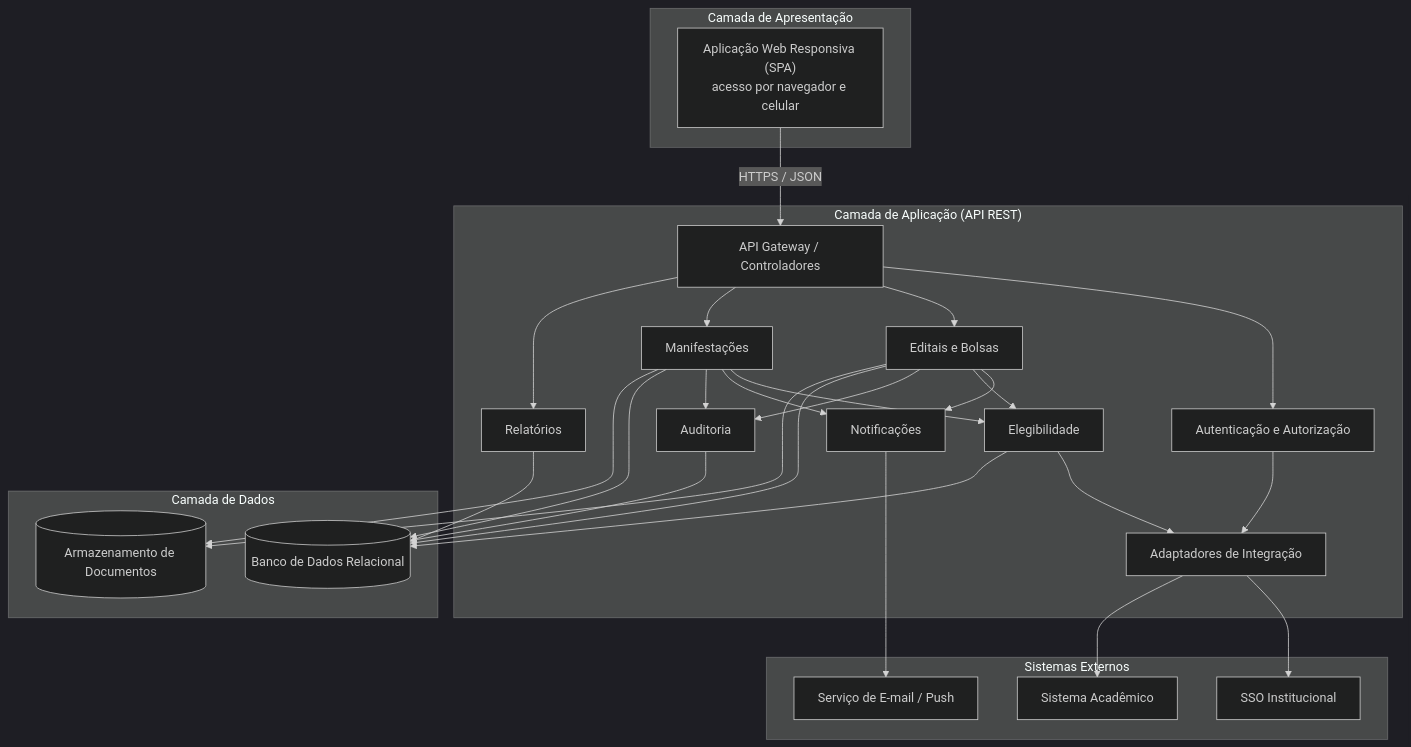
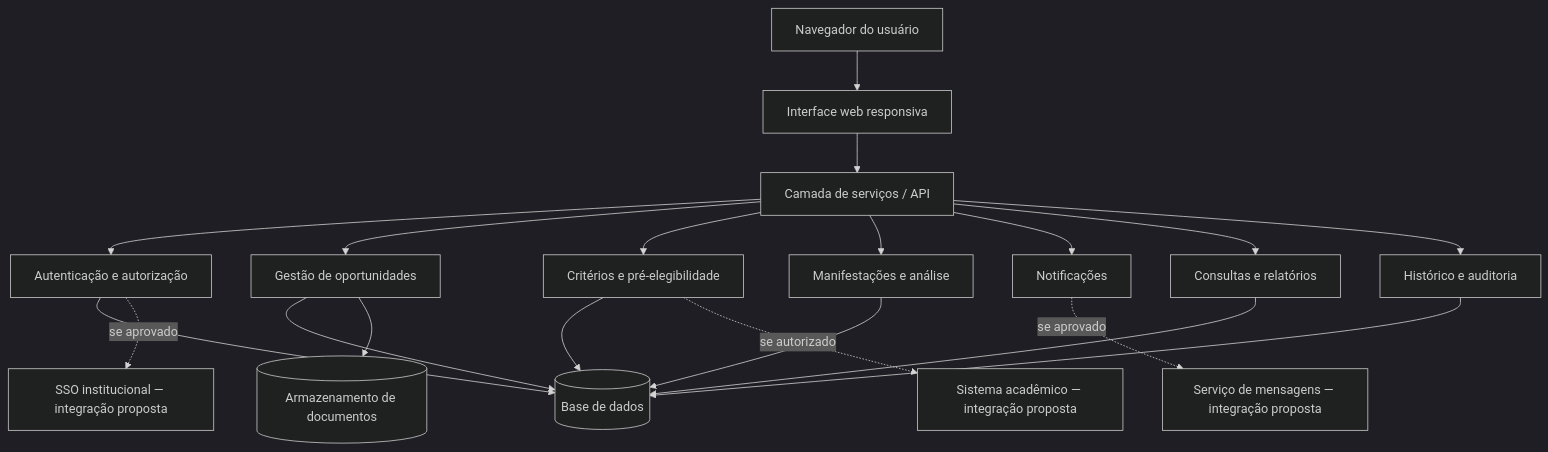
Before and after one commit to AllisonOliv/requisitos-2026.2--grupo3: the second of 3 diagrams in uml/diagramas.md, drawn with Mermaid (dark theme). The commit also changed other lines of this file and 9 other files, not shown here.

````diff
--- a/uml/diagramas.md
+++ b/uml/diagramas.md
@@ -81,53 +55,38 @@
 ```mermaid
 flowchart TB
-    subgraph CLI["Camada de Apresentação"]
-        WEB["Aplicação Web Responsiva (SPA)<br/>acesso por navegador e celular"]
-    end
+    Browser["Navegador do usuário"]
+    UI["Interface web responsiva"]
+    API["Camada de serviços / API"]
+    Auth["Autenticação e autorização"]
+    Opp["Gestão de oportunidades"]
+    Elig["Critérios e pré-elegibilidade"]
+    Manifest["Manifestações e análise"]
+    Notify["Notificações"]
+    Report["Consultas e relatórios"]
+    Audit["Histórico e auditoria"]
+    DB[("Base de dados")]
+    Files[("Armazenamento de documentos")]
+    SSO["SSO institucional — integração proposta"]
+    Acad["Sistema acadêmico — integração proposta"]
+    Mail["Serviço de mensagens — integração proposta"]
 
-    subgraph API["Camada de Aplicação (API REST)"]
-        GW["API Gateway / Controladores"]
-        AUTH["Autenticação e Autorização"]
-        EDT["Editais e Bolsas"]
-        ELG["Elegibilidade"]
-        MAN["Manifestações"]
-        NOT["Notificações"]
-        REL["Relatórios"]
-        AUD["Auditoria"]
-        INT["Adaptadores de Integração"]
-    end
-
-    subgraph DAT["Camada de Dados"]
-        DB[("Banco de Dados Relacional")]
-        FS[("Armazenamento de Documentos")]
-    end
-
-    subgraph EXT["Sistemas Externos"]
-        SSO["SSO Institucional"]
-        ACAD["Sistema Acadêmico"]
-        MAIL["Serviço de E-mail / Push"]
-    end
-
-    WEB -->|"HTTPS / JSON"| GW
-    GW --> AUTH
-    GW --> EDT
-    GW --> MAN
-    GW --> REL
-    MAN --> ELG
-    MAN --> NOT
-    EDT --> NOT
-    EDT --> ELG
-    AUTH --> INT
-    ELG --> INT
-    EDT --> AUD
-    MAN --> AUD
-    EDT --> DB
-    MAN --> DB
-    ELG --> DB
-    REL --> DB
-    AUD --> DB
-    EDT --> FS
-    MAN --> FS
-    NOT --> MAIL
-    INT --> SSO
-    INT --> ACAD
+    Browser --> UI
+    UI --> API
+    API --> Auth
+    API --> Opp
+    API --> Elig
+    API --> Manifest
+    API --> Notify
+    API --> Report
+    API --> Audit
+    Auth --> DB
+    Opp --> DB
+    Opp --> Files
+    Elig --> DB
+    Elig -. se autorizado .-> Acad
+    Manifest --> DB
+    Notify -. se aprovado .-> Mail
+    Report --> DB
+    Audit --> DB
+    Auth -. se aprovado .-> SSO
 ```
````
